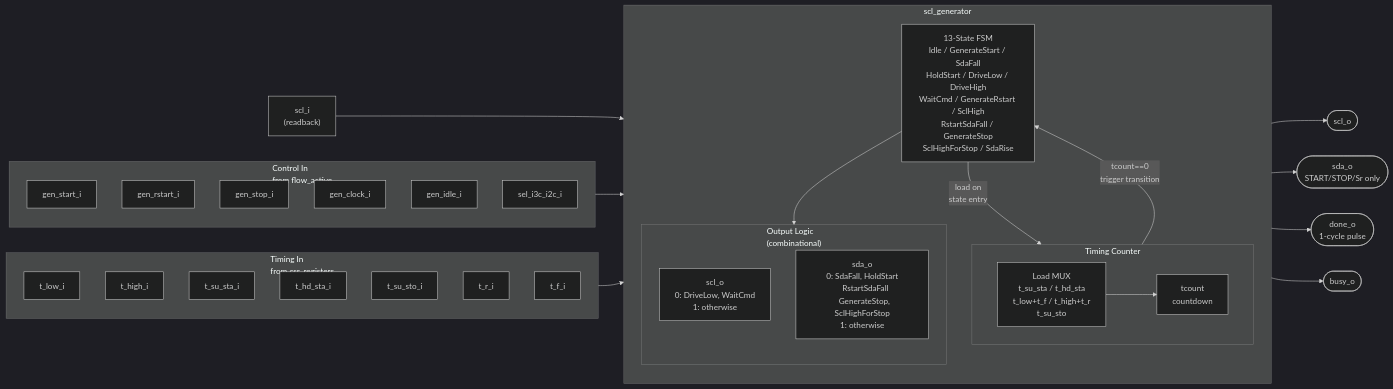
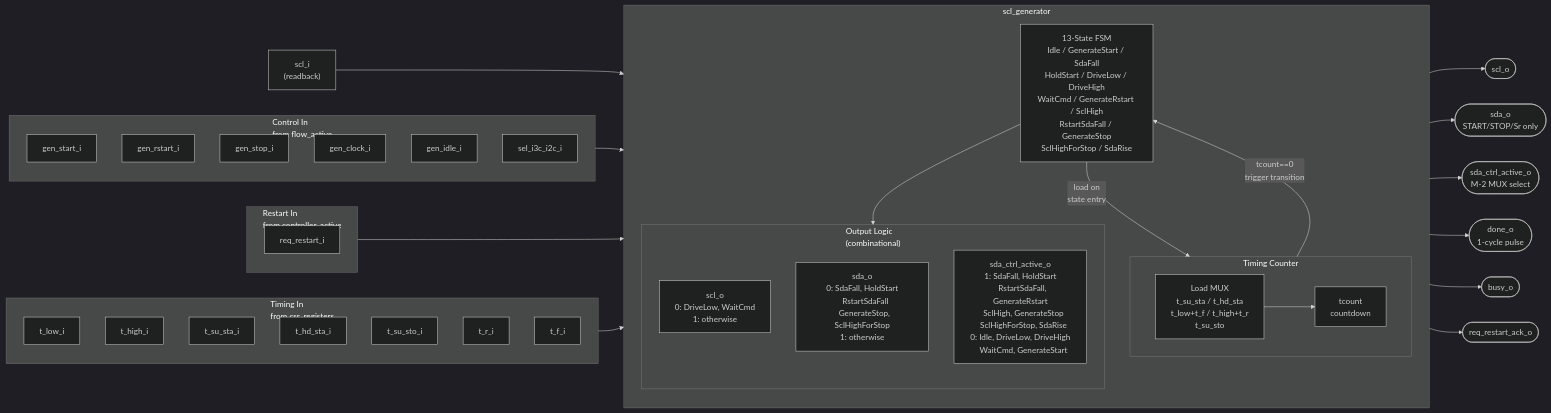
The first of 2 diagrams in docs/module_specs/03_scl_generator_spec.md (minhuy206/i3c), drawn with Mermaid before and after one commit. The commit also changed other lines of this file and 15 other files, not shown here.

First line of the commit message:
Refactor module specs: split ENTDAA into controller and FSM, remove CCC processor spec

````diff
--- a/docs/module_specs/03_scl_generator_spec.md
+++ b/docs/module_specs/03_scl_generator_spec.md
@@ -89,62 +97,70 @@
 ```mermaid
 %%{init: {"theme": "dark"}}%%
 flowchart LR
     %% ── Inputs ───────────────────────────────────────────────────────────────
     subgraph CI["Control In\nfrom flow_active"]
         direction TB
         gen_start_i
         gen_rstart_i
         gen_stop_i
         gen_clock_i
         gen_idle_i
         sel_i3c_i2c_i
+    end
+
+    subgraph RI["Restart In\nfrom controller_active"]
+        req_restart_i
     end
 
     subgraph TI["Timing In\nfrom csr_registers"]
         direction TB
         t_low_i
         t_high_i
         t_su_sta_i
         t_hd_sta_i
         t_su_sto_i
         t_r_i
         t_f_i
     end
 
     scl_fb["scl_i\n(readback)"]
 
     %% ── scl_generator boundary ───────────────────────────────────────────────
     subgraph SG["scl_generator"]
         direction TB
 
         FSM["13-State FSM\nIdle / GenerateStart / SdaFall\nHoldStart / DriveLow / DriveHigh\nWaitCmd / GenerateRstart / SclHigh\nRstartSdaFall / GenerateStop\nSclHighForStop / SdaRise"]
 
         subgraph CNT["Timing Counter"]
             direction LR
             MUX["Load MUX\nt_su_sta / t_hd_sta\nt_low+t_f / t_high+t_r\nt_su_sto"]
             TC["tcount\ncountdown"]
             MUX --> TC
         end
 
         subgraph OL["Output Logic\n(combinational)"]
             direction TB
             SCL_DRV["scl_o\n0: DriveLow, WaitCmd\n1: otherwise"]
             SDA_DRV["sda_o\n0: SdaFall, HoldStart\n   RstartSdaFall\n   GenerateStop, SclHighForStop\n1: otherwise"]
+            SDA_ACT["sda_ctrl_active_o\n1: SdaFall, HoldStart\n   RstartSdaFall, GenerateRstart\n   SclHigh, GenerateStop\n   SclHighForStop, SdaRise\n0: Idle, DriveLow, DriveHigh\n   WaitCmd, GenerateStart"]
         end
 
         FSM -->|"load on\nstate entry"| MUX
         TC  -->|"tcount==0\ntrigger transition"| FSM
         FSM --> OL
     end
 
     %% ── Connections ──────────────────────────────────────────────────────────
     CI     --> FSM
+    RI     --> FSM
     TI     --> MUX
     scl_fb --> FSM
 
     %% ── Outputs ──────────────────────────────────────────────────────────────
     SCL_DRV --> scl_o(["scl_o"])
     SDA_DRV --> sda_o(["sda_o\nSTART/STOP/Sr only"])
+    SDA_ACT --> sda_ctrl_active_o(["sda_ctrl_active_o\nM-2 MUX select"])
     FSM     --> done_o(["done_o\n1-cycle pulse"])
     FSM     --> busy_o(["busy_o"])
+    FSM     --> req_restart_ack_o(["req_restart_ack_o"])
 ```
````
